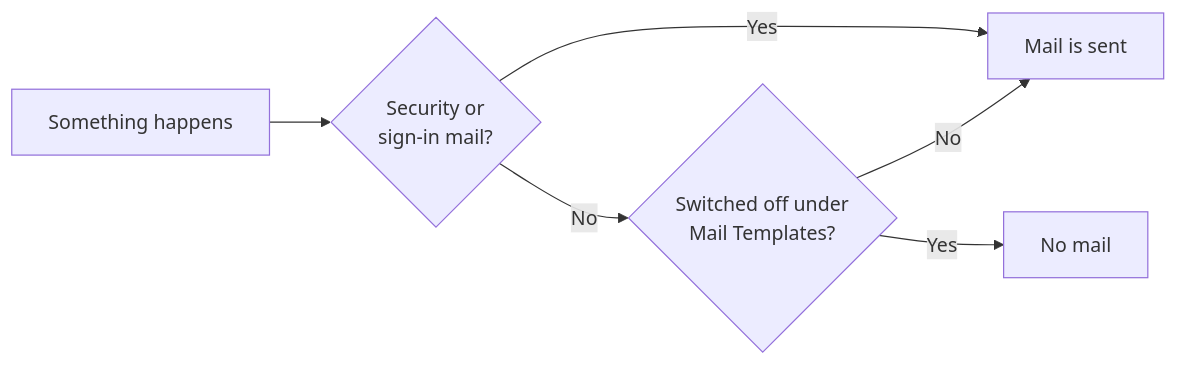
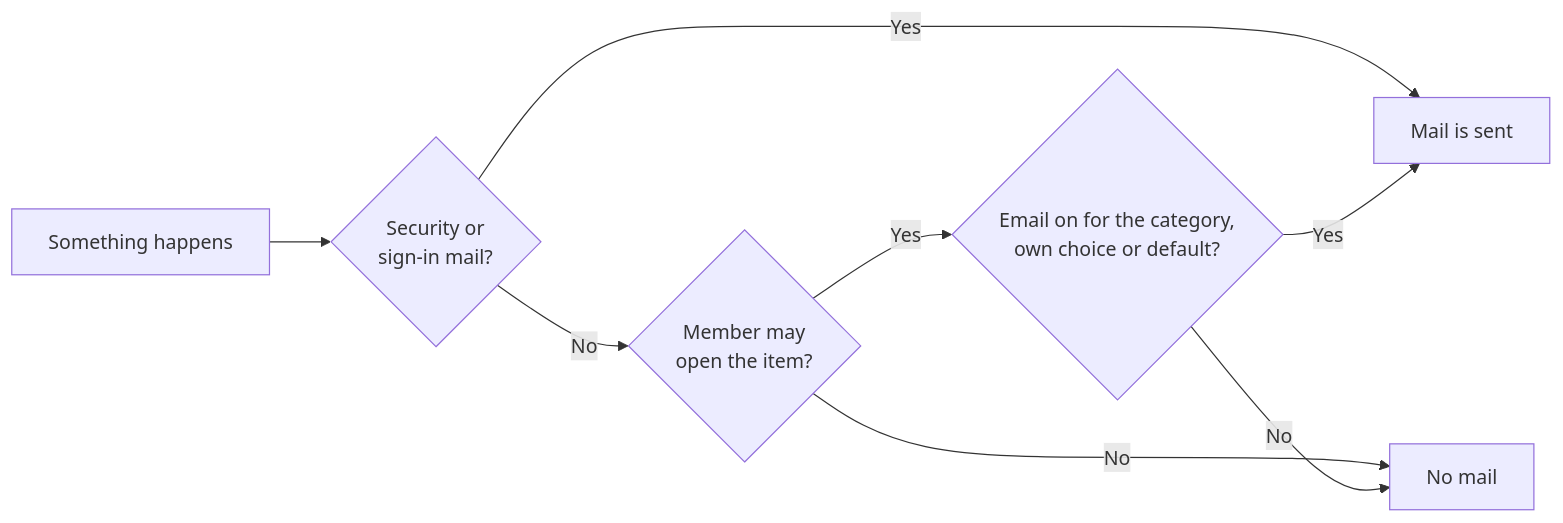
One commit to Collabase/docs changed the diagram in admin/email.mdx. Above: the diagram before and after it, drawn with Mermaid. The commit also changed other lines of this file and 27 other files, not shown here.

````diff
--- a/admin/email.mdx
+++ b/admin/email.mdx
@@ -151,8 +156,10 @@
 ```mermaid
 flowchart LR
   A[Something happens] --> B{Security or<br/>sign-in mail?}
   B -- Yes --> E[Mail is sent]
-  B -- No --> C{Switched off under<br/>Mail Templates?}
-  C -- Yes --> D[No mail]
-  C -- No --> E
+  B -- No --> C{Member may<br/>open the item?}
+  C -- No --> D[No mail]
+  C -- Yes --> F{Email on for the category,<br/>own choice or default?}
+  F -- No --> D
+  F -- Yes --> E
 ```
````
